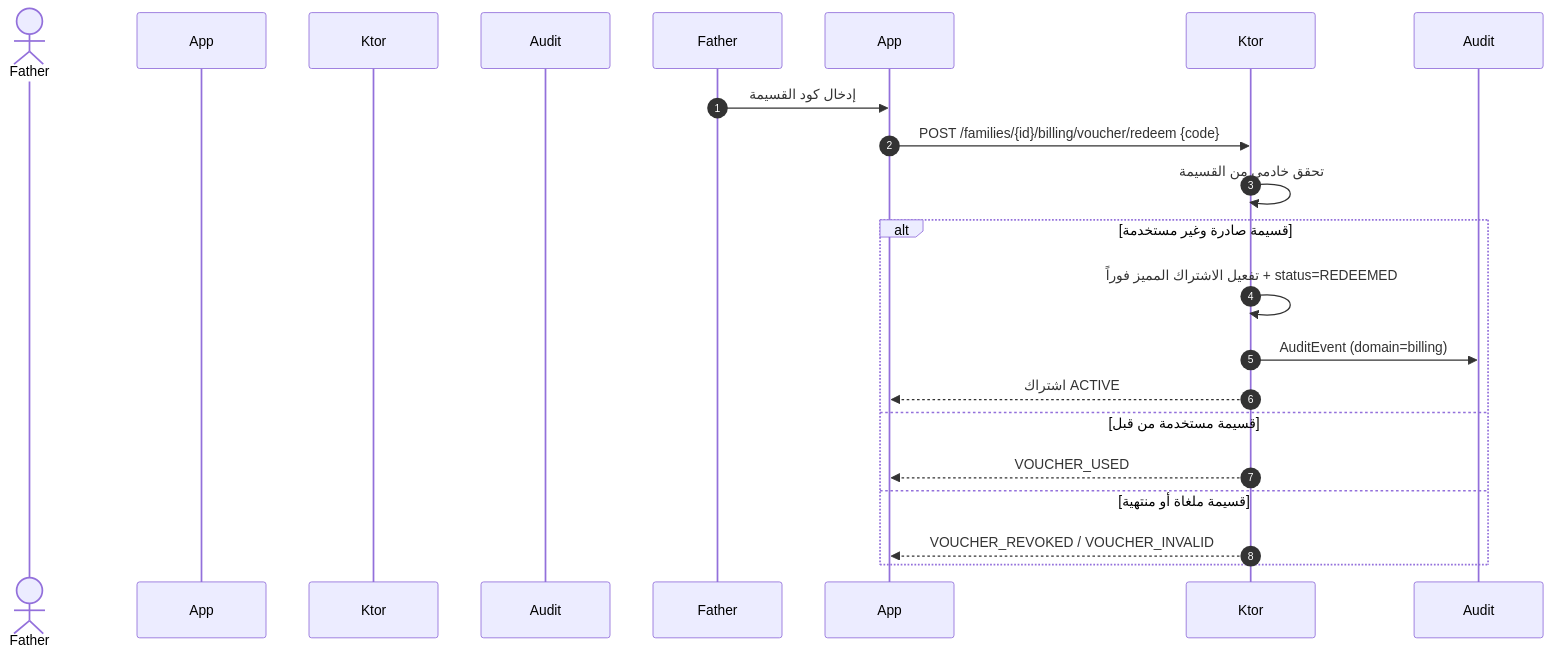
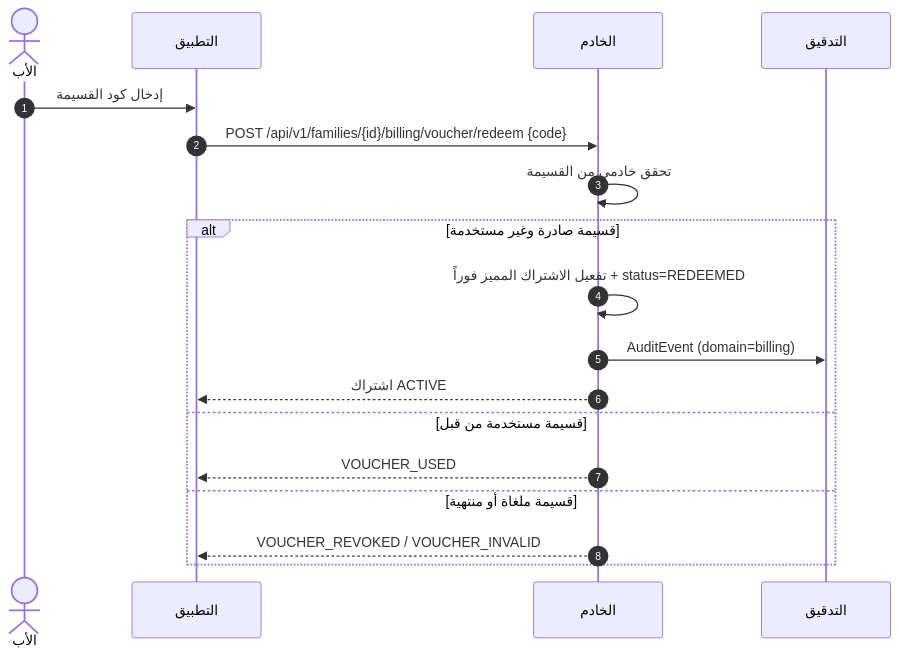
Before and after one commit to Bassam-mohammed-alqaeadi/family-os-v2: the fourth of 10 diagrams in docs/family-os/governance/phases/phase-1/S1-04-plans-and-subscriptions/DIAGRAMS.md, drawn with Mermaid. The commit also changed other lines of this file and 10 other files, not shown here.

Commit message:
إغلاق المراجعة الشاملة R1–R5 (Q-196…Q-231) — المخططات DIAGRAMS + خريطة السياق (2/4)

````diff
--- a/docs/family-os/governance/phases/phase-1/S1-04-plans-and-subscriptions/DIAGRAMS.md
+++ b/docs/family-os/governance/phases/phase-1/S1-04-plans-and-subscriptions/DIAGRAMS.md
@@ -203,20 +203,20 @@
 ```mermaid
 sequenceDiagram
     autonumber
-    actor الأب as Father
-    participant التطبيق as App
-    participant الخادم as Ktor
-    participant التدقيق as Audit
+    actor Father as الأب
+    participant App as التطبيق
+    participant Ktor as الخادم
+    participant Audit as التدقيق
     Father->>App: إدخال كود القسيمة
-    App->>Ktor: POST /families/{id}/billing/voucher/redeem {code}
+    App->>Ktor: POST /api/v1/families/{id}/billing/voucher/redeem {code}
     Ktor->>Ktor: تحقق خادمي من القسيمة
     alt قسيمة صادرة وغير مستخدمة
         Ktor->>Ktor: تفعيل الاشتراك المميز فوراً + status=REDEEMED
         Ktor->>Audit: AuditEvent (domain=billing)
         Ktor-->>App: اشتراك ACTIVE
     else قسيمة مستخدمة من قبل
         Ktor-->>App: VOUCHER_USED
     else قسيمة ملغاة أو منتهية
         Ktor-->>App: VOUCHER_REVOKED / VOUCHER_INVALID
     end
 ```
````
